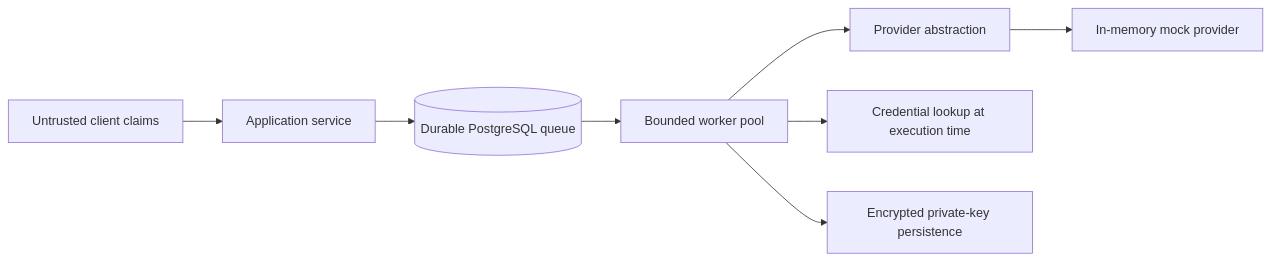
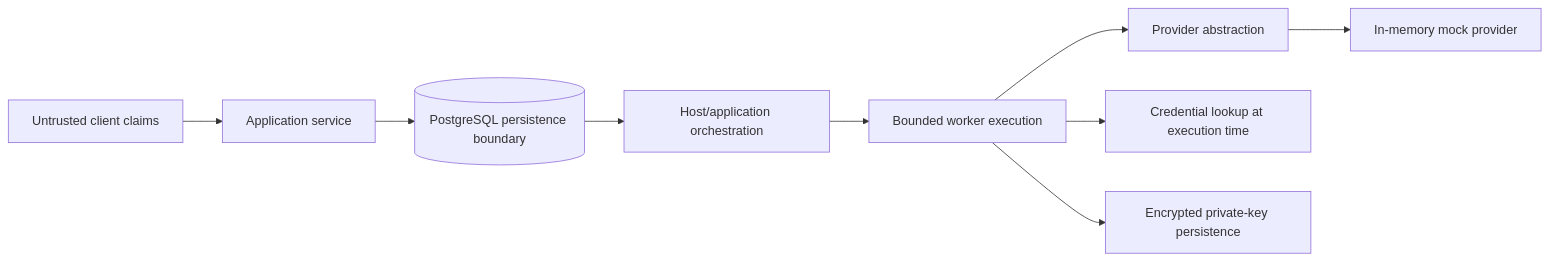
The diagram in docs/architecture.md (rnaefe/deysis-trust-boundaries), drawn with Mermaid before and after one commit. The commit also changed other lines of this file and 12 other files, not shown here.

````diff
--- a/docs/architecture.md
+++ b/docs/architecture.md
@@ -3,10 +3,11 @@
 ```mermaid
 flowchart LR
   Client[Untrusted client claims] --> Service[Application service]
-  Service --> Queue[(Durable PostgreSQL queue)]
-  Queue --> Worker[Bounded worker pool]
+  Service --> Queue[(PostgreSQL persistence boundary)]
+  Queue --> Orchestrator[Host/application orchestration]
+  Orchestrator --> Worker[Bounded worker execution]
   Worker --> Provider[Provider abstraction]
   Provider --> Mock[In-memory mock provider]
   Worker --> Secrets[Credential lookup at execution time]
   Worker --> Keys[Encrypted private-key persistence]
 ```
````
